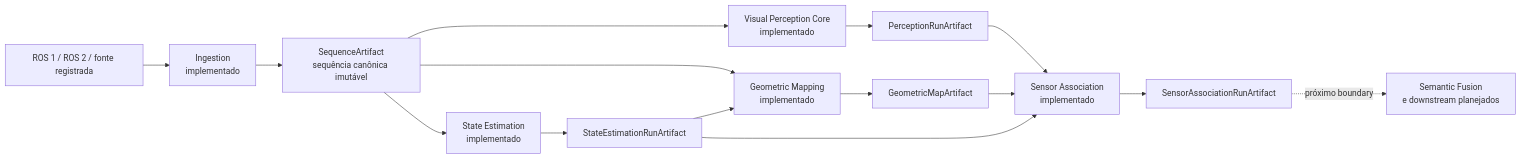
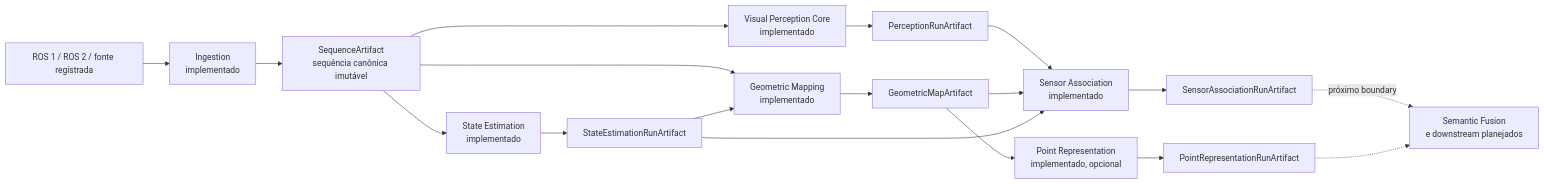
Before and after one commit to Alexandre-Tortoza/contextmap2: the second of 3 diagrams in docs/README.md, drawn with Mermaid. The commit also changed other lines of this file and 6 other files, not shown here.

````diff
--- a/docs/README.md
+++ b/docs/README.md
@@ -37,17 +37,20 @@
 ```mermaid
 flowchart LR
     RAW["ROS 1 / ROS 2 / fonte registrada"] --> ING["Ingestion<br/>implementado"]
     ING --> SEQ["SequenceArtifact<br/>sequência canônica imutável"]
     SEQ --> VP["Visual Perception Core<br/>implementado"]
     VP --> PR["PerceptionRunArtifact"]
     SEQ --> ST["State Estimation<br/>implementado"]
     ST --> TR["StateEstimationRunArtifact"]
     SEQ --> GM["Geometric Mapping<br/>implementado"]
     TR --> GM
     GM --> MAP["GeometricMapArtifact"]
     PR --> SA["Sensor Association<br/>implementado"]
     MAP --> SA
     TR --> SA
     SA --> AR["SensorAssociationRunArtifact"]
+    MAP --> PTR["Point Representation<br/>implementado, opcional"]
+    PTR --> PTA["PointRepresentationRunArtifact"]
     AR -. próximo boundary .-> NEXT["Semantic Fusion<br/>e downstream planejados"]
+    PTA -.-> NEXT
 ```
````
